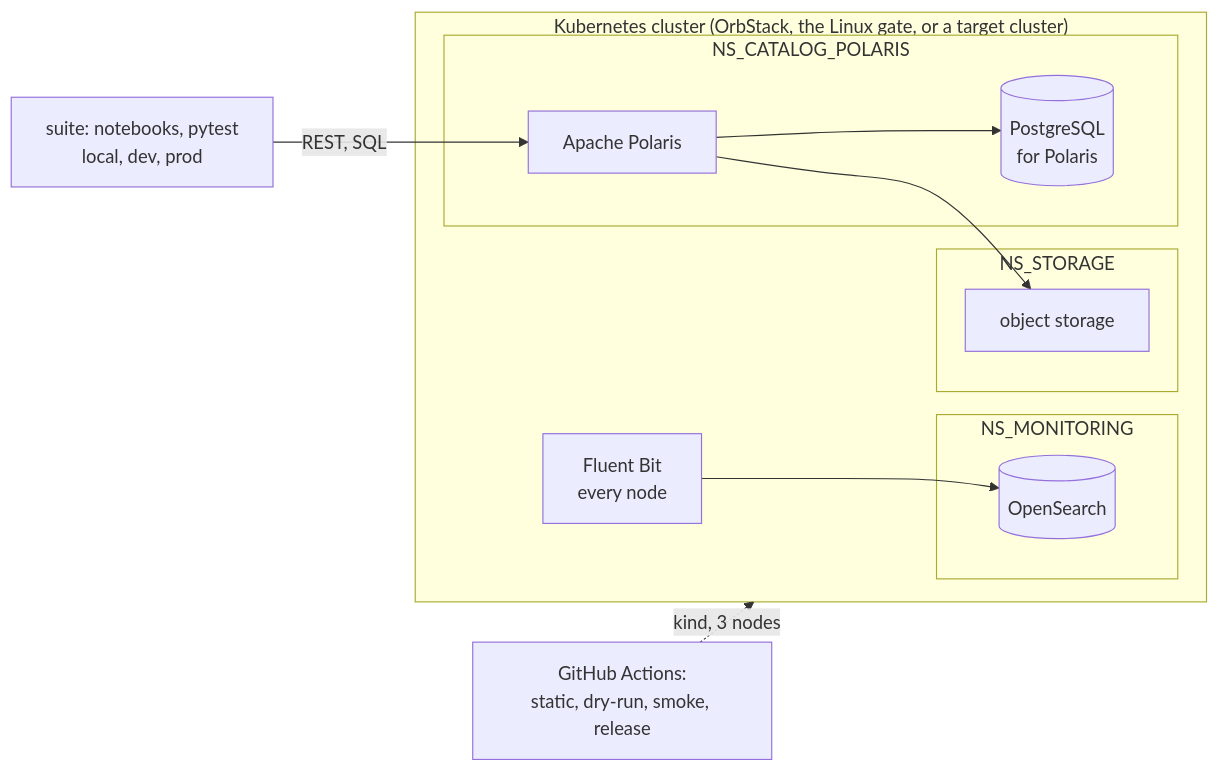
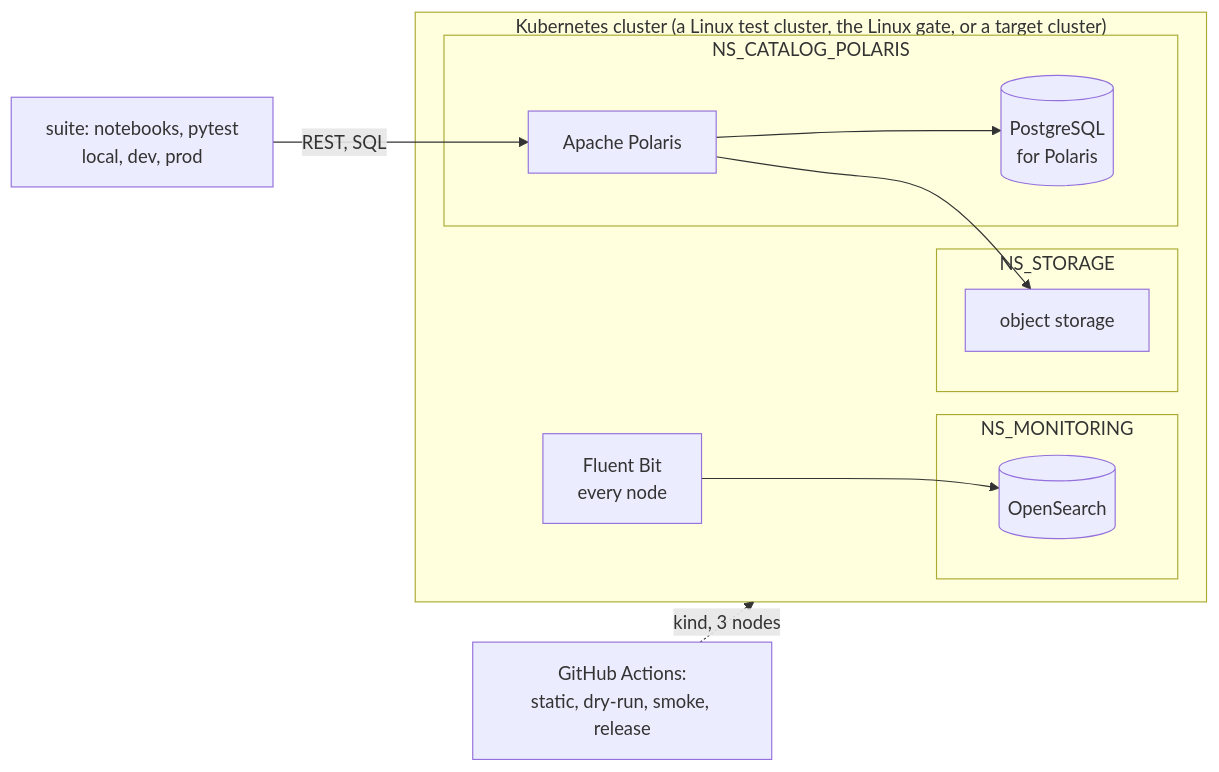
Before and after one commit to enjay27/lakehouse: the diagram in docs/adr/README.md, drawn with Mermaid. The commit also changed other lines of this file and 12 other files, not shown here.

````diff
--- a/docs/adr/README.md
+++ b/docs/adr/README.md
@@ -21,19 +21,19 @@
 ```mermaid
 flowchart LR
-    subgraph K8S["Kubernetes cluster (OrbStack, the Linux gate, or a target cluster)"]
+    subgraph K8S["Kubernetes cluster (a Linux test cluster, the Linux gate, or a target cluster)"]
         subgraph ST["NS_STORAGE"]
             MINIO["object storage"]
         end
         subgraph CP["NS_CATALOG_POLARIS"]
             POL["Apache Polaris"] --> PGP[("PostgreSQL<br/>for Polaris")]
         end
         subgraph MON["NS_MONITORING"]
             OS[("OpenSearch")]
         end
         FB["Fluent Bit<br/>every node"]
         POL --> MINIO
         FB --> OS
     end
     SUITE["suite: notebooks, pytest<br/>local, dev, prod"] -->|"REST, SQL"| POL
     GH["GitHub Actions:<br/>static, dry-run, smoke, release"] -.->|"kind, 3 nodes"| K8S
 ```
````
